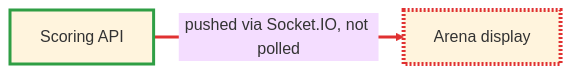
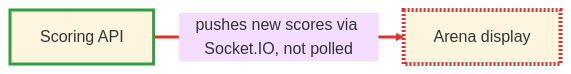
One commit to AntonyM71/Lumberjack changed the fourth of 5 diagrams in skills/reality-check/references/mermaid-patterns.md. Above: the diagram before and after it, drawn with Mermaid (base theme). The commit also changed other lines of this file and 5 other files, not shown here.

````diff
--- a/skills/reality-check/references/mermaid-patterns.md
+++ b/skills/reality-check/references/mermaid-patterns.md
@@ -152,11 +170,11 @@
 ```mermaid
 flowchart LR
     api["Scoring API"]:::ciGreen
     display["Arena display"]:::ciRed
 
-    api -->|"pushed via Socket.IO, not polled"| display
+    api -->|"pushes new scores via Socket.IO, not polled"| display
 
     classDef ciGreen stroke:#2f9e44,stroke-width:3px;
     classDef ciRed   stroke:#e03131,stroke-width:4px,stroke-dasharray: 2 2;
     linkStyle 0 stroke:#e03131,stroke-width:3px
 ```
````
